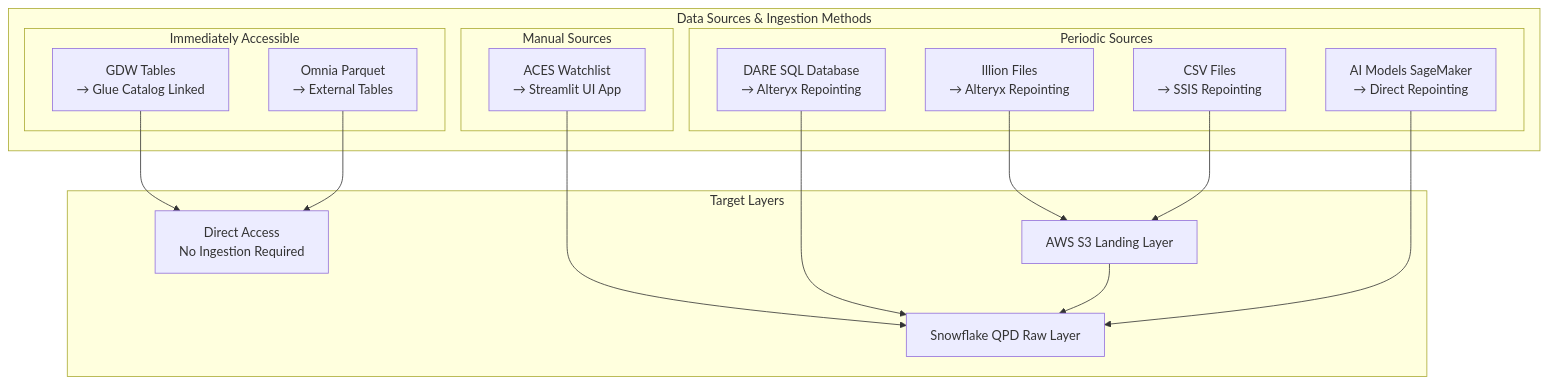
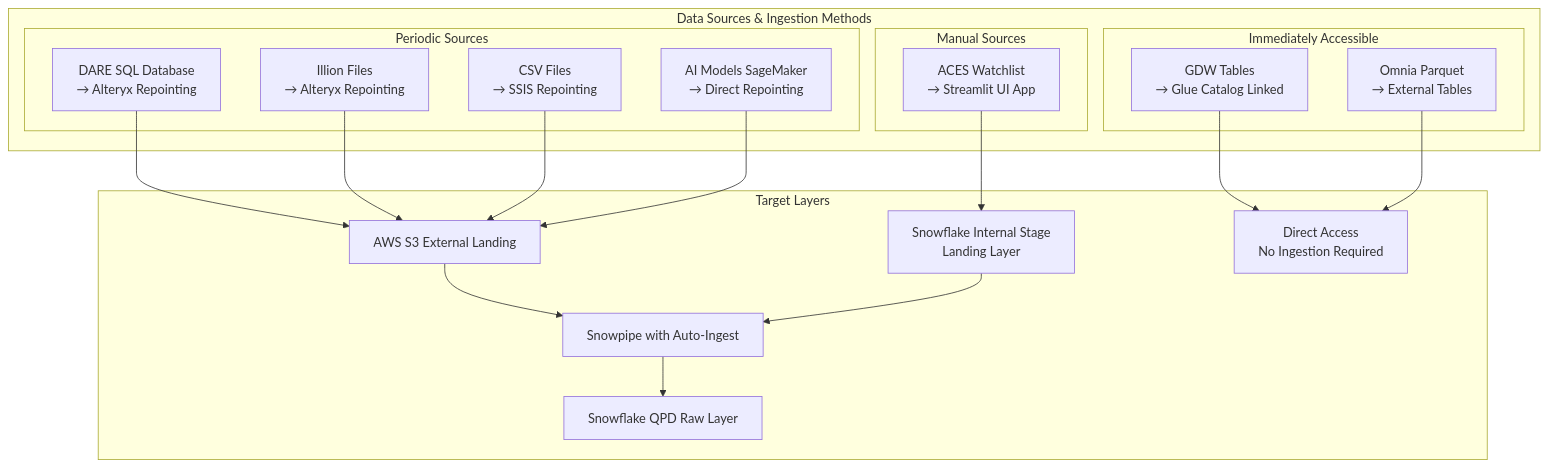
Before and after one commit to sfc-gh-mhindi/REPO_CBA: the fifth of 14 diagrams in 15-BB-QPD Future State/QPD - Future State.md, drawn with Mermaid. The commit also changed other lines of this file, not shown here.

````diff
--- a/15-BB-QPD Future State/QPD - Future State.md
+++ b/15-BB-QPD Future State/QPD - Future State.md
@@ -411,35 +411,39 @@
 ```mermaid
 graph TB
     subgraph "Data Sources & Ingestion Methods"
         subgraph "Periodic Sources"
             DARE[DARE SQL Database<br/>→ Alteryx Repointing]
             Illion[Illion Files<br/>→ Alteryx Repointing]
             CSV[CSV Files<br/>→ SSIS Repointing]
             AI[AI Models SageMaker<br/>→ Direct Repointing]
         end
         
         subgraph "Manual Sources"
             ACES[ACES Watchlist<br/>→ Streamlit UI App]
         end
         
         subgraph "Immediately Accessible"
             GDW[GDW Tables<br/>→ Glue Catalog Linked]
             Omnia[Omnia Parquet<br/>→ External Tables]
         end
     end
     
     subgraph "Target Layers"
-        Landing[AWS S3 Landing Layer]
+        S3_Landing[AWS S3 External Landing]
+        Internal_Landing[Snowflake Internal Stage<br/>Landing Layer]
+        Snowpipe[Snowpipe with Auto-Ingest]
         Raw[Snowflake QPD Raw Layer]
         Direct[Direct Access<br/>No Ingestion Required]
     end
     
-    DARE --> Raw
-    Illion --> Landing
-    CSV --> Landing
-    AI --> Raw
-    ACES --> Raw
-    Landing --> Raw
+    DARE --> S3_Landing
+    Illion --> S3_Landing
+    CSV --> S3_Landing
+    AI --> S3_Landing
+    ACES --> Internal_Landing
+    S3_Landing --> Snowpipe
+    Internal_Landing --> Snowpipe
+    Snowpipe --> Raw
     GDW --> Direct
     Omnia --> Direct
 ```
````
